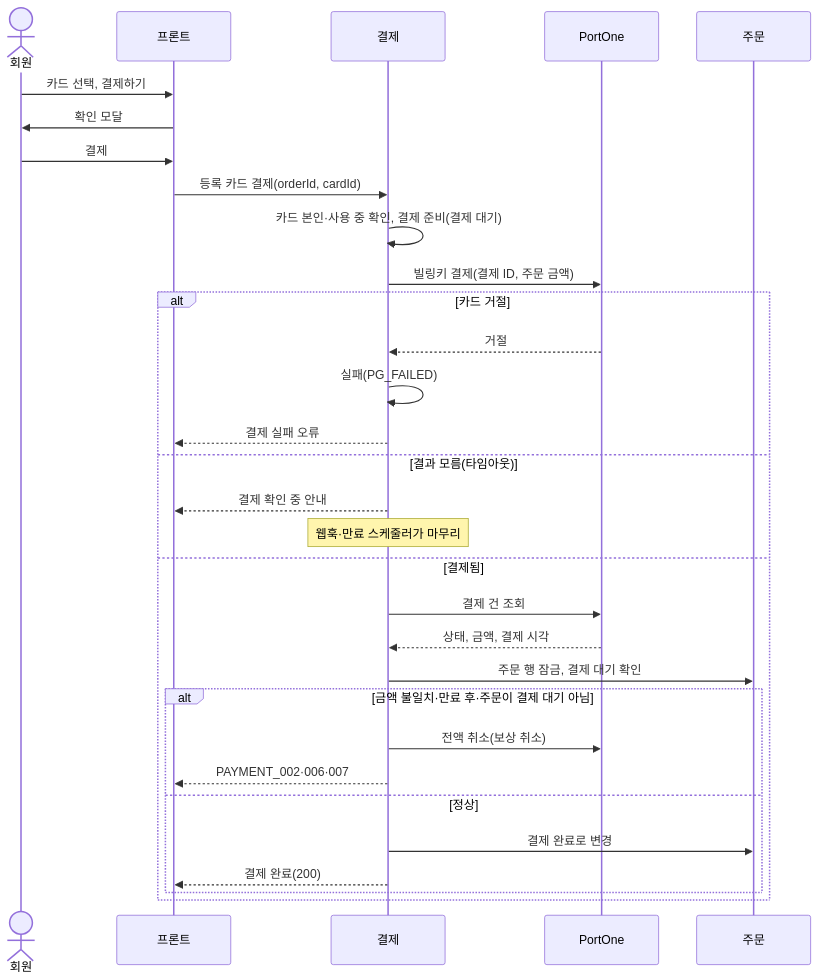
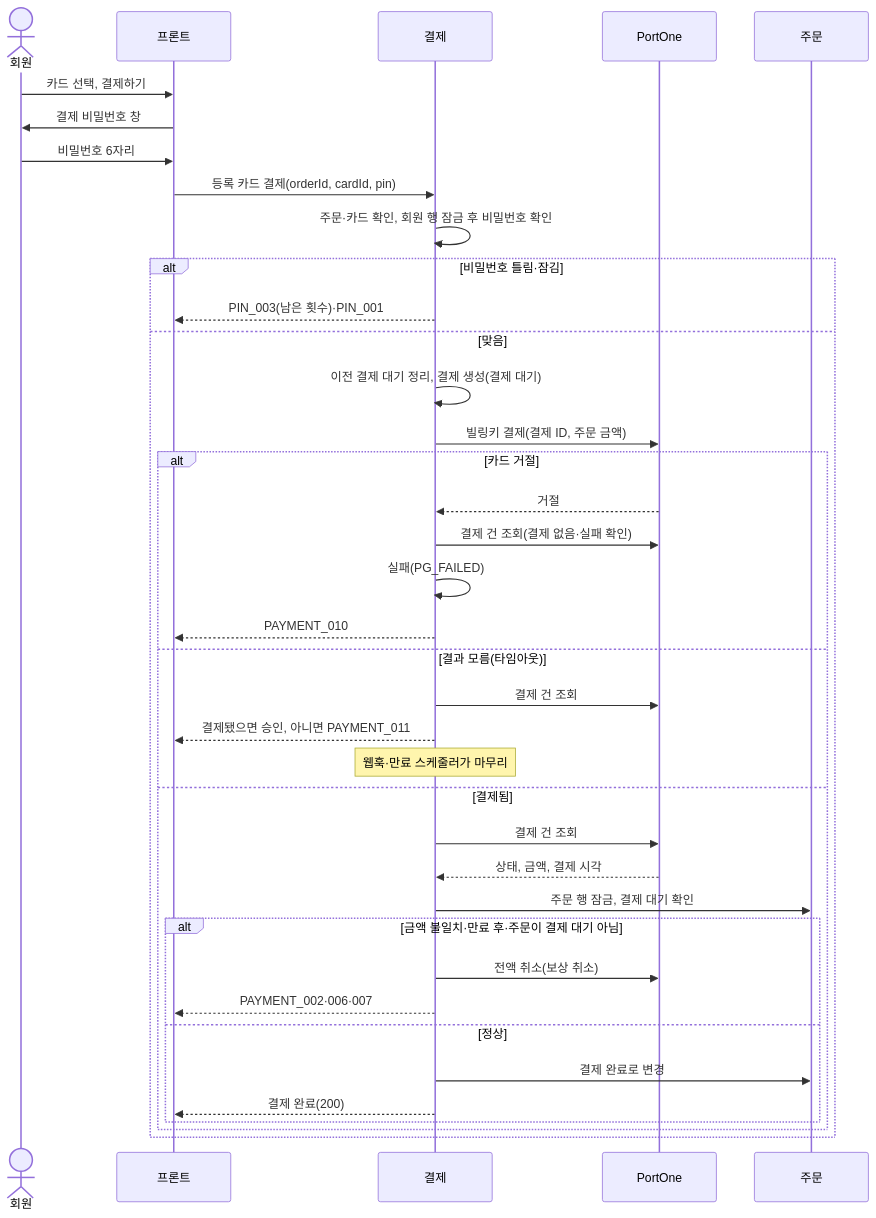
One commit to sparta-final-4/take-care-of-my-fridge changed the first of 2 diagrams in docs/architecture/domains/payment-card.md. Above: the diagram before and after it, drawn with Mermaid. The commit also changed other lines of this file and 8 other files, not shown here.

````diff
--- a/docs/architecture/domains/payment-card.md
+++ b/docs/architecture/domains/payment-card.md
@@ -71,33 +105,40 @@
 ```mermaid
 sequenceDiagram
     actor 회원
     participant 프론트
     participant 결제
     participant PG as PortOne
     participant 주문
     회원->>프론트: 카드 선택, 결제하기
-    프론트->>회원: 확인 모달
-    회원->>프론트: 결제
-    프론트->>결제: 등록 카드 결제(orderId, cardId)
-    결제->>결제: 카드 본인·사용 중 확인, 결제 준비(결제 대기)
-    결제->>PG: 빌링키 결제(결제 ID, 주문 금액)
-    alt 카드 거절
-        PG-->>결제: 거절
-        결제->>결제: 실패(PG_FAILED)
-        결제-->>프론트: 결제 실패 오류
-    else 결과 모름(타임아웃)
-        결제-->>프론트: 결제 확인 중 안내
-        Note over 결제: 웹훅·만료 스케줄러가 마무리
-    else 결제됨
-        결제->>PG: 결제 건 조회
-        PG-->>결제: 상태, 금액, 결제 시각
-        결제->>주문: 주문 행 잠금, 결제 대기 확인
-        alt 금액 불일치·만료 후·주문이 결제 대기 아님
-            결제->>PG: 전액 취소(보상 취소)
-            결제-->>프론트: PAYMENT_002·006·007
-        else 정상
-            결제->>주문: 결제 완료로 변경
-            결제-->>프론트: 결제 완료(200)
+    프론트->>회원: 결제 비밀번호 창
+    회원->>프론트: 비밀번호 6자리
+    프론트->>결제: 등록 카드 결제(orderId, cardId, pin)
+    결제->>결제: 주문·카드 확인, 회원 행 잠금 후 비밀번호 확인
+    alt 비밀번호 틀림·잠김
+        결제-->>프론트: PIN_003(남은 횟수)·PIN_001
+    else 맞음
+        결제->>결제: 이전 결제 대기 정리, 결제 생성(결제 대기)
+        결제->>PG: 빌링키 결제(결제 ID, 주문 금액)
+        alt 카드 거절
+            PG-->>결제: 거절
+            결제->>PG: 결제 건 조회(결제 없음·실패 확인)
+            결제->>결제: 실패(PG_FAILED)
+            결제-->>프론트: PAYMENT_010
+        else 결과 모름(타임아웃)
+            결제->>PG: 결제 건 조회
+            결제-->>프론트: 결제됐으면 승인, 아니면 PAYMENT_011
+            Note over 결제: 웹훅·만료 스케줄러가 마무리
+        else 결제됨
+            결제->>PG: 결제 건 조회
+            PG-->>결제: 상태, 금액, 결제 시각
+            결제->>주문: 주문 행 잠금, 결제 대기 확인
+            alt 금액 불일치·만료 후·주문이 결제 대기 아님
+                결제->>PG: 전액 취소(보상 취소)
+                결제-->>프론트: PAYMENT_002·006·007
+            else 정상
+                결제->>주문: 결제 완료로 변경
+                결제-->>프론트: 결제 완료(200)
+            end
         end
     end
 ```
````
